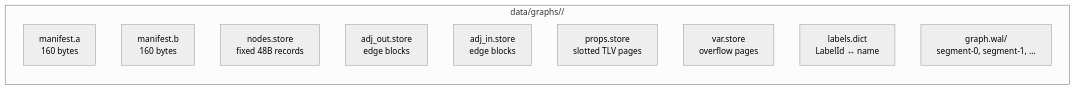
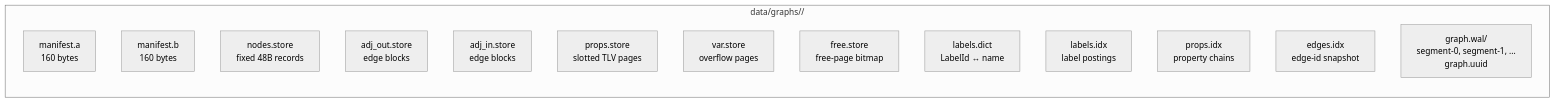
The fifth of 5 diagrams in README.md (geodedb/zig-graph-storage), drawn with Mermaid (neutral theme) before and after one commit. The commit also changed other lines of this file and 40 other files, not shown here.

Commit message:
Close graph storage audit gaps

````diff
--- a/README.md
+++ b/README.md
@@ -169,14 +170,18 @@
 ```mermaid
 graph LR
     subgraph DataDir["data/graphs/<uuid_hex>/"]
         MA["manifest.a<br/>160 bytes"]
         MB["manifest.b<br/>160 bytes"]
         NS["nodes.store<br/>fixed 48B records"]
         AO["adj_out.store<br/>edge blocks"]
         AI["adj_in.store<br/>edge blocks"]
         PS["props.store<br/>slotted TLV pages"]
         VS["var.store<br/>overflow pages"]
+        FR["free.store<br/>free-page bitmap"]
         LD["labels.dict<br/>LabelId ↔ name"]
-        WAL["graph.wal/<br/>segment-0, segment-1, ..."]
+        LI["labels.idx<br/>label postings"]
+        PI["props.idx<br/>property chains"]
+        EI["edges.idx<br/>edge-id snapshot"]
+        WAL["graph.wal/<br/>segment-0, segment-1, ...<br/>graph.uuid"]
     end
 ```
````
